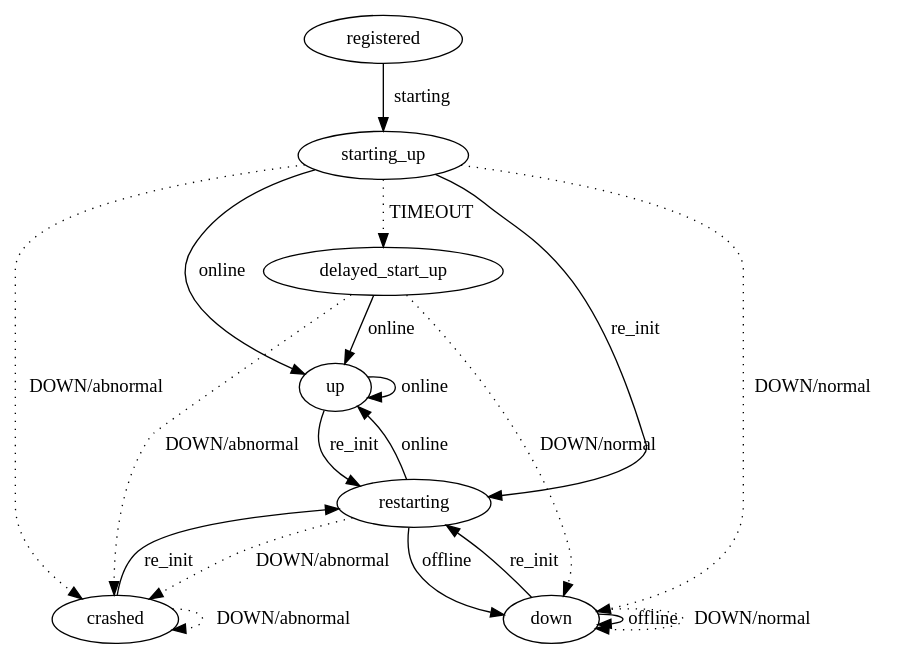
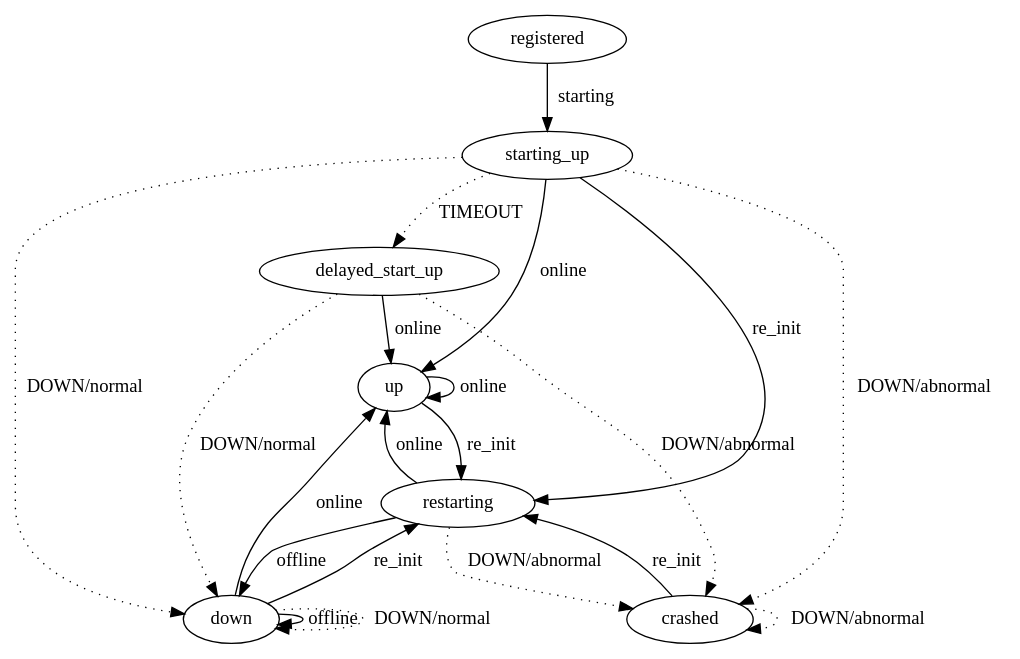
One commit to th0114nd/uffda changed the diagram in doc/states.dot. Above: the diagram before and after it, drawn with Graphviz. The commit also changed 1 other file, not shown here.

Commit message:
Added to the .gitignore and added down -> up

```diff
--- a/doc/states.dot
+++ b/doc/states.dot
@@ -1,26 +1,27 @@
 digraph G {
     registered -> starting_up [label = starting];
     starting_up -> delayed_start_up [style = dotted ,label= "TIMEOUT"];
     starting_up -> up [label = online];
     delayed_start_up -> up [label = online];
 
     starting_up -> down [style = dotted, label = "DOWN/normal"];
     delayed_start_up -> down [style = dotted, label = "DOWN/normal"];
 
     starting_up -> crashed [style = dotted, label = "DOWN/abnormal"];
     delayed_start_up -> crashed [style = dotted, label = "DOWN/abnormal"];
 
     up -> up [label = "online"];
     down -> down [label = "offline"];
     down -> down [style = dotted, label = "DOWN/normal"];
     crashed -> crashed [style=dotted, label = "DOWN/abnormal"];
 
     up -> restarting [label = "re_init"];
     down -> restarting [label = "re_init"];
+    down -> up [label = "online"];
     crashed -> restarting [label = "re_init"];
     starting_up -> restarting [label = "re_init"];
 
     restarting -> up [label = "online"];
     restarting -> down [label = "offline"];
     restarting -> crashed [style = dotted, label = "DOWN/abnormal"];
     }
```
